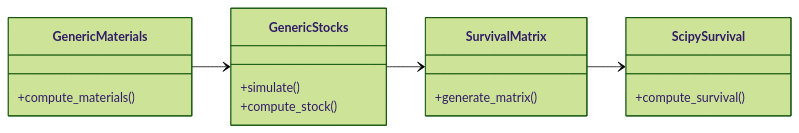
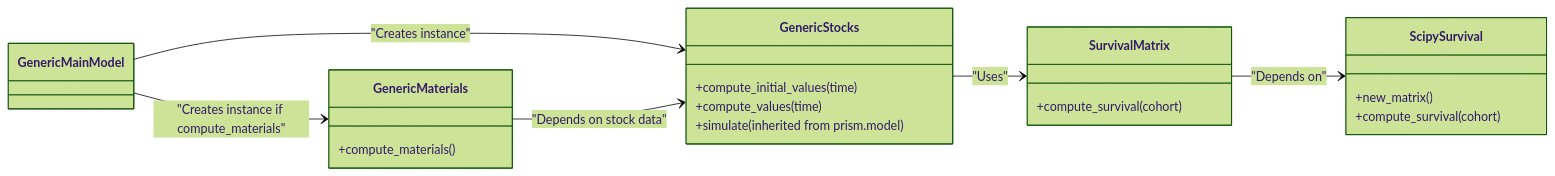
Before and after one commit to imagepbl/image-materials: the diagram in README.md, drawn with Mermaid (forest theme). The commit also changed other lines of this file, not shown here.

Commit message:
Edit simple mermaid based on complx mermaid

````diff
--- a/README.md
+++ b/README.md
@@ -81,24 +81,28 @@
 ```mermaid
 classDiagram
     direction LR
     class GenericStocks {
-        +simulate()
-        +compute_stock()
+        +compute_initial_values(time)
+        +compute_values(time)
+        +simulate (inherited from prism.model)
     }
     
     class GenericMaterials {
         +compute_materials()
     }
     
     class SurvivalMatrix {
-        +generate_matrix()
+        +compute_survival(cohort)
     }
     
     class ScipySurvival {
-        +compute_survival()
+        +new_matrix()
+        +compute_survival(cohort)
     }
 
-    GenericStocks --> SurvivalMatrix
-    GenericMaterials --> GenericStocks
-    SurvivalMatrix --> ScipySurvival
+    GenericMainModel --> GenericStocks : "Creates instance"
+    GenericMainModel --> GenericMaterials : "Creates instance if compute_materials"
+    GenericStocks --> SurvivalMatrix : "Uses"
+    SurvivalMatrix --> ScipySurvival : "Depends on"
+    GenericMaterials --> GenericStocks : "Depends on stock data"
 ```
````
